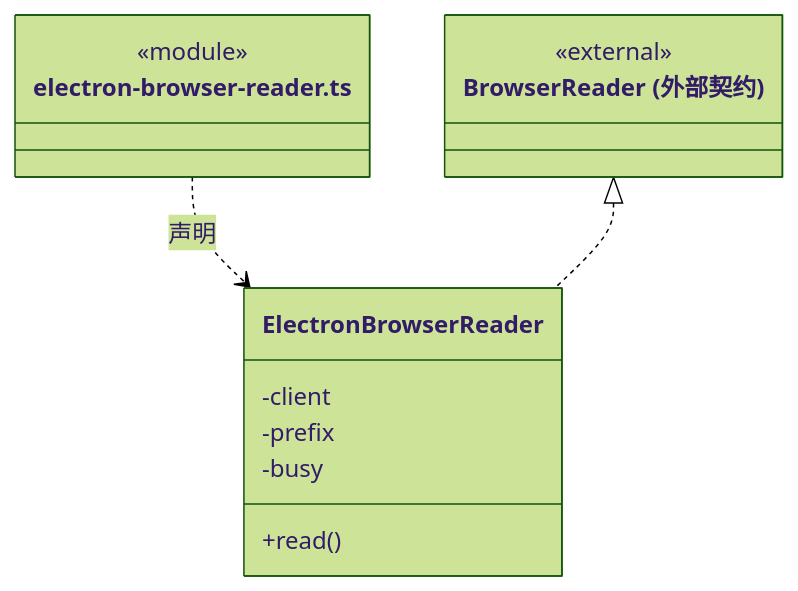
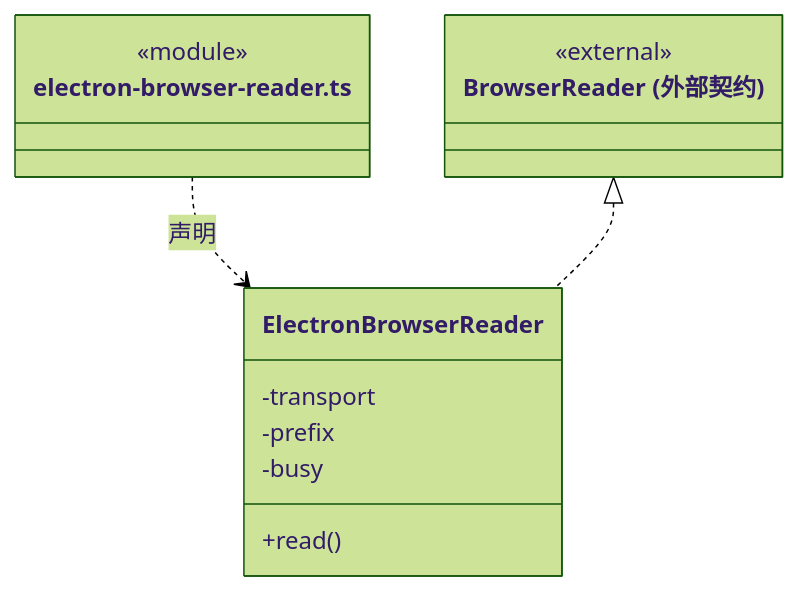
Before and after one commit to nan023062/cbim: the fifth of 15 diagrams in src/foundations/web/ARCHITECTURE.md, drawn with Mermaid (forest theme). The commit also changed other lines of this file and 33 other files, not shown here.

````diff
--- a/src/foundations/web/ARCHITECTURE.md
+++ b/src/foundations/web/ARCHITECTURE.md
@@ -63,17 +94,17 @@
 ```mermaid
 classDiagram
 class N_src_foundations_web_electron_browser_reader_ts["electron-browser-reader.ts"] {
   <<module>>
 }
 class N_src_foundations_web_electron_browser_reader_ts_ElectronBrowserReader["ElectronBrowserReader"] {
   +read()
-  -client
+  -transport
   -prefix
   -busy
 }
 N_src_foundations_web_electron_browser_reader_ts ..> N_src_foundations_web_electron_browser_reader_ts_ElectronBrowserReader : 声明
 class N_src_foundations_web_electron_browser_reader_ts_external_BrowserReader["BrowserReader (外部契约)"] {
   <<external>>
 }
 N_src_foundations_web_electron_browser_reader_ts_external_BrowserReader <|.. N_src_foundations_web_electron_browser_reader_ts_ElectronBrowserReader
 ```
````
